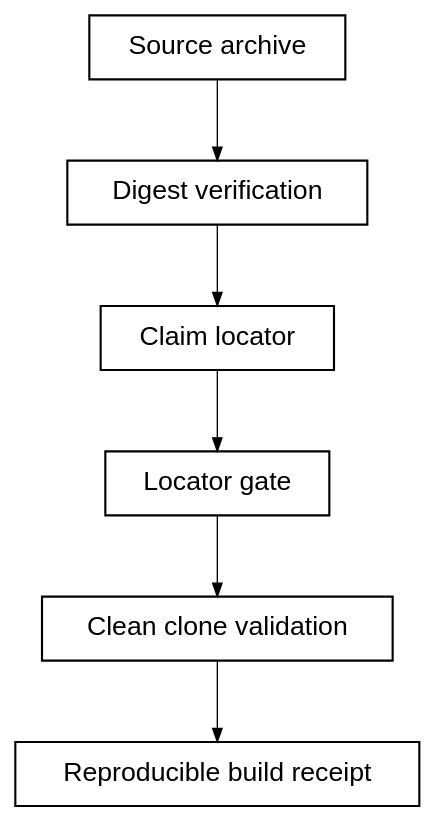
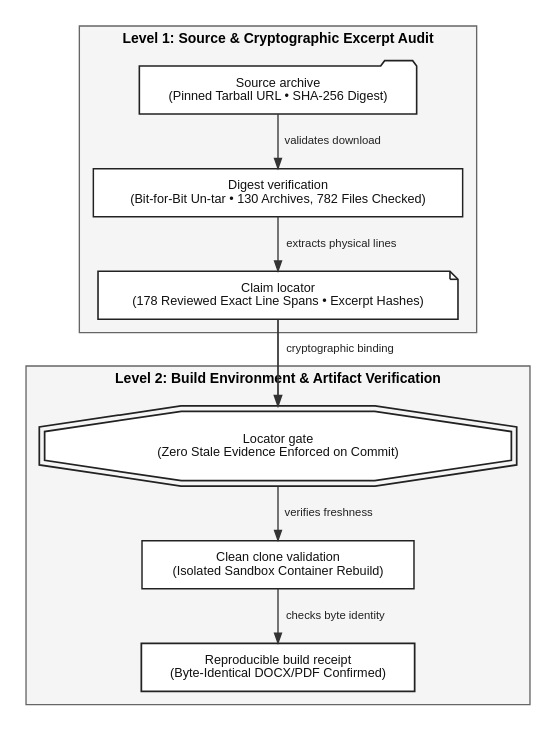
One commit to umyunsang/argo changed the diagram in paper/figures/rendered/fig-08.dot. Above: the diagram before and after it, drawn with Graphviz. The commit also changed 32 other files, not shown here.

Commit message:
feat(paper): redesign all 9 figures into rich multi-tier technical architecture schematics with balanced aspect ratios

```diff
--- a/paper/figures/rendered/fig-08.dot
+++ b/paper/figures/rendered/fig-08.dot
@@ -1,19 +1,65 @@
-digraph G {
+digraph EvidenceChain {
+  compound=true;
   rankdir=TB;
   bgcolor=white;
-  node [shape=box, style=solid, color=black, fontcolor=black, fontname="Helvetica", fontsize=20, penwidth=1.6, margin="0.30,0.18"];
-  edge [color=black, fontcolor=black, arrowhead=normal, penwidth=1.0];
-  splines=ortho;
-  nodesep=0.70; ranksep=0.85;
-  "Source archive" [label="Source archive"];
-  "Digest verification" [label="Digest verification"];
-  "Claim locator" [label="Claim locator"];
-  "Locator gate" [label="Locator gate"];
-  "Clean clone validation" [label="Clean clone validation"];
-  "Reproducible build receipt" [label="Reproducible build receipt"];
-  "Source archive" -> "Digest verification";
-  "Digest verification" -> "Claim locator";
-  "Claim locator" -> "Locator gate";
-  "Locator gate" -> "Clean clone validation";
-  "Clean clone validation" -> "Reproducible build receipt";
+  nodesep=0.40;
+  ranksep=0.45;
+
+  node [
+    shape=box,
+    style="filled,solid",
+    fillcolor="#FFFFFF",
+    color="#222222",
+    fontcolor="#111111",
+    fontname="Helvetica",
+    fontsize=9.5,
+    penwidth=1.1,
+    margin="0.16,0.10"
+  ];
+
+  edge [
+    color="#333333",
+    fontcolor="#222222",
+    fontname="Helvetica",
+    fontsize=8.5,
+    arrowhead=normal,
+    arrowsize=0.75,
+    penwidth=1.0
+  ];
+
+  subgraph cluster_source_audit {
+    label="Level 1: Source & Cryptographic Excerpt Audit";
+    fontname="Helvetica-Bold";
+    fontsize=10.5;
+    color="#666666";
+    fillcolor="#F5F5F5";
+    style="filled,solid";
+    margin=10;
+
+    src_arch [label="Source archive\n(Pinned Tarball URL • SHA-256 Digest)", shape=folder, penwidth=1.2];
+    dig_ver [label="Digest verification\n(Bit-for-Bit Un-tar • 130 Archives, 782 Files Checked)"];
+    claim_loc [label="Claim locator\n(178 Reviewed Exact Line Spans • Excerpt Hashes)", shape=note, penwidth=1.2];
+
+    src_arch -> dig_ver [label="validates download"];
+    dig_ver -> claim_loc [label="extracts physical lines"];
+  }
+
+  subgraph cluster_system_audit {
+    label="Level 2: Build Environment & Artifact Verification";
+    fontname="Helvetica-Bold";
+    fontsize=10.5;
+    color="#666666";
+    fillcolor="#F5F5F5";
+    style="filled,solid";
+    margin=10;
+
+    loc_gate [label="Locator gate\n(Zero Stale Evidence Enforced on Commit)", shape=doubleoctagon, penwidth=1.3];
+    clean_clone [label="Clean clone validation\n(Isolated Sandbox Container Rebuild)"];
+    repro_receipt [label="Reproducible build receipt\n(Byte-Identical DOCX/PDF Confirmed)", shape=box, style="filled,bold", penwidth=1.3];
+
+    loc_gate -> clean_clone [label="verifies freshness"];
+    clean_clone -> repro_receipt [label="checks byte identity"];
+  }
+
+  claim_loc -> loc_gate [label="cryptographic binding", style=bold, penwidth=1.3];
 }
```
